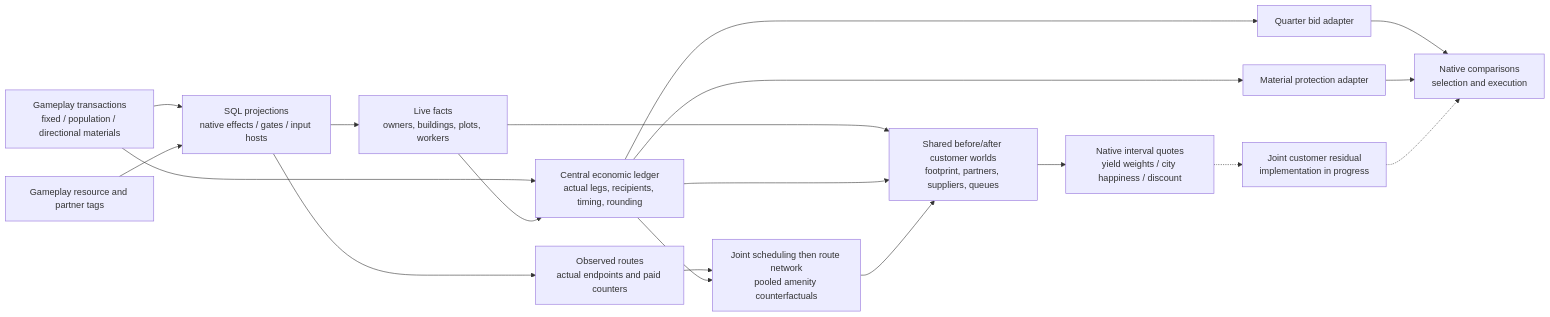
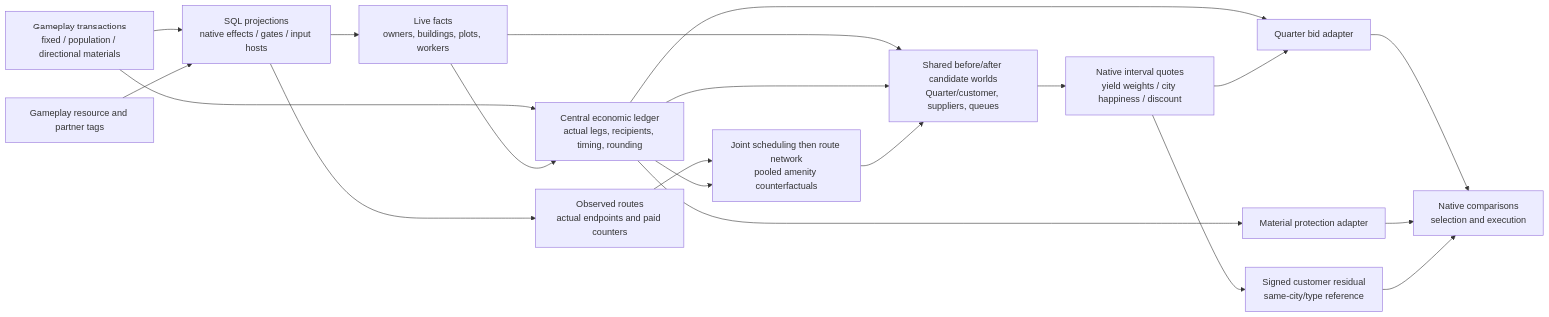
One commit to hennogous/Henno-Mods changed the first of 2 diagrams in project/docs/civ6-ai/architecture.md. Above: the diagram before and after it, drawn with Mermaid. The commit also changed other lines of this file and 16 other files, not shown here.

````diff
--- a/project/docs/civ6-ai/architecture.md
+++ b/project/docs/civ6-ai/architecture.md
@@ -24,31 +26,32 @@
 ```mermaid
 flowchart LR
     DECL["Gameplay transactions<br/>fixed / population / directional materials"]
     TAG["Gameplay resource and partner tags"]
     GEN["SQL projections<br/>native effects / gates / input hosts"]
     LIVE["Live facts<br/>owners, buildings, plots, workers"]
     MODEL["Central economic ledger<br/>actual legs, recipients, timing, rounding"]
     Q["Quarter bid adapter"]
     P["Material protection adapter"]
-    C["Joint customer residual<br/>implementation in progress"]
+    C["Signed customer residual<br/>same-city/type reference"]
     R["Observed routes<br/>actual endpoints and paid counters"]
     T["Joint scheduling then route network<br/>pooled amenity counterfactuals"]
-    W["Shared before/after customer worlds<br/>footprint, partners, suppliers, queues"]
+    W["Shared before/after candidate worlds<br/>Quarter/customer, suppliers, queues"]
     PRICE["Native interval quotes<br/>yield weights / city happiness / discount"]
     N["Native comparisons<br/>selection and execution"]
     DECL --> GEN
     TAG --> GEN
     GEN --> LIVE
     DECL --> MODEL
     LIVE --> MODEL
     MODEL --> Q --> N
     MODEL --> P --> N
     GEN --> R
     R --> T
     MODEL --> T
     LIVE --> W
     MODEL --> W
     T --> W
     W --> PRICE
-    PRICE -.-> C -.-> N
+    PRICE --> C --> N
+    PRICE --> Q
 ```
````
